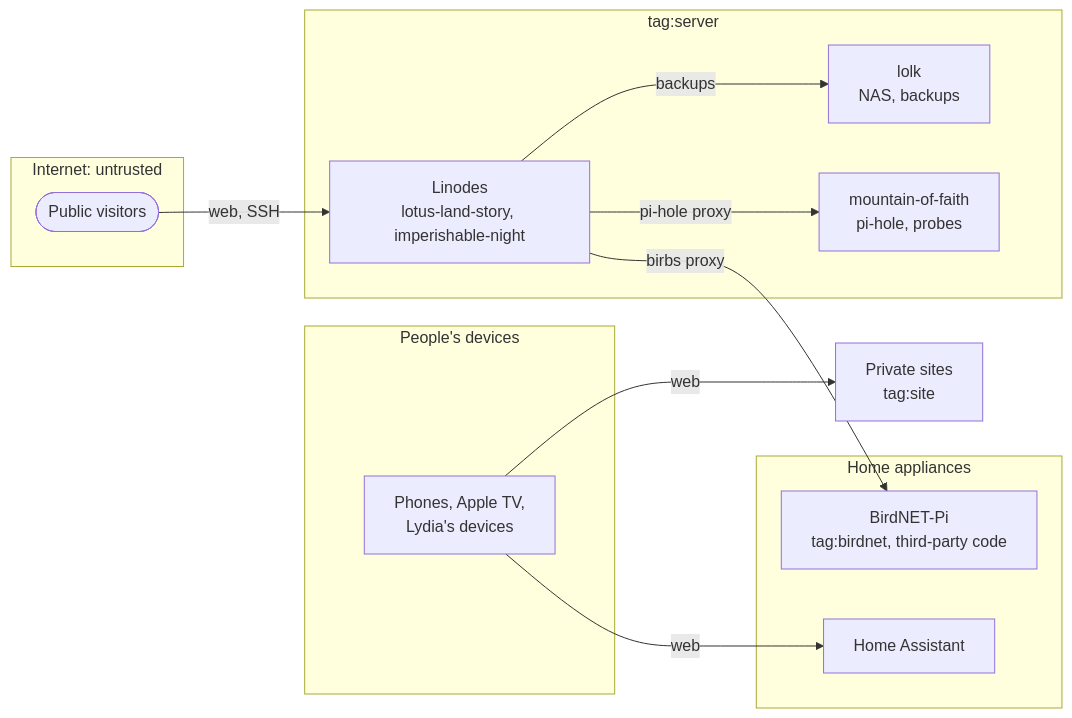
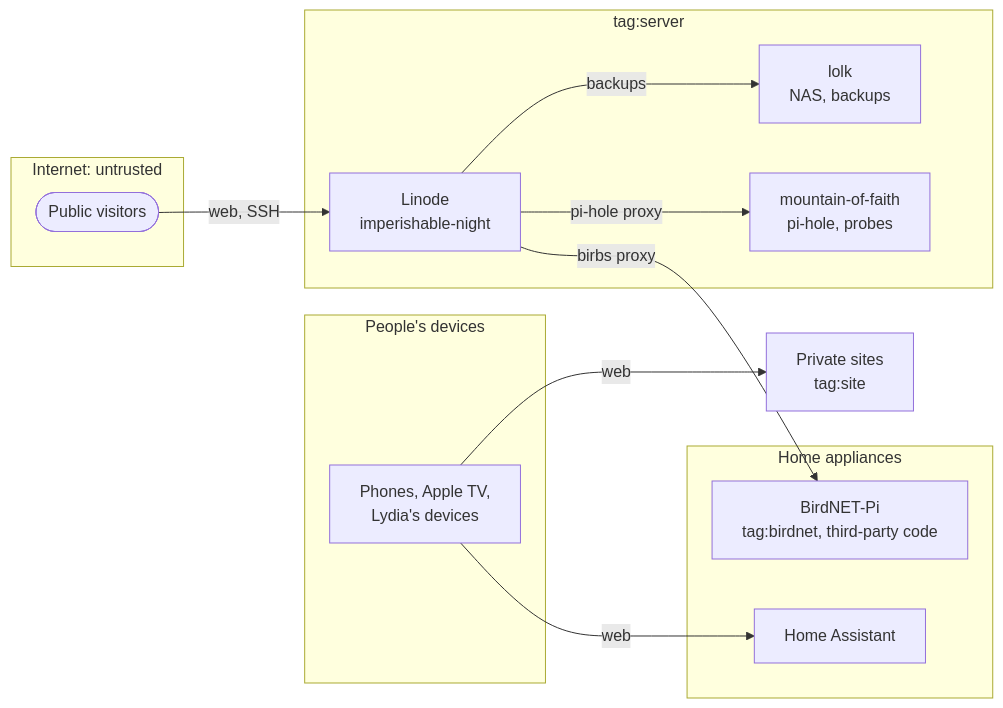
One commit to kejadlen/boxen changed the diagram in docs/tailnet.md. Above: the diagram before and after it, drawn with Mermaid. The commit also changed other lines of this file and 1 other file, not shown here.

Commit message:
tofu: drop lotus-land-story

````diff
--- a/docs/tailnet.md
+++ b/docs/tailnet.md
@@ -36,33 +36,33 @@
 ```mermaid
 flowchart LR
   accTitle: Tailnet trust zones and flows
-  accDescr: Public visitors on the internet reach only the Linodes, for public sites and SSH. The Linodes back up to lolk, proxy to pi-hole's admin page on mountain-of-faith, and proxy birbs to the BirdNET-Pi. Phones, the Apple TV, and Lydia's devices reach the private sites and Home Assistant.
+  accDescr: Public visitors on the internet reach only the Linode, imperishable-night, for public sites and SSH. It backs up to lolk, proxies to pi-hole's admin page on mountain-of-faith, and proxies birbs to the BirdNET-Pi. Phones, the Apple TV, and Lydia's devices reach the private sites and Home Assistant.
 
   subgraph internet [Internet: untrusted]
     visitors(["Public visitors"])
   end
 
   subgraph devices [People's devices]
     others["Phones, Apple TV,<br>Lydia's devices"]
   end
 
   subgraph servers [tag:server]
-    linodes["Linodes<br>lotus-land-story, imperishable-night"]
+    linodes["Linode<br>imperishable-night"]
     lolk["lolk<br>NAS, backups"]
     mof["mountain-of-faith<br>pi-hole, probes"]
   end
 
   sites["Private sites<br>tag:site"]
 
   subgraph appliances [Home appliances]
     birdnet["BirdNET-Pi<br>tag:birdnet, third-party code"]
     ha["Home Assistant"]
   end
 
   visitors -->|web, SSH| linodes
   others -->|web| sites
   others -->|web| ha
   linodes -->|backups| lolk
   linodes -->|pi-hole proxy| mof
   linodes -->|birbs proxy| birdnet
 ```
````
